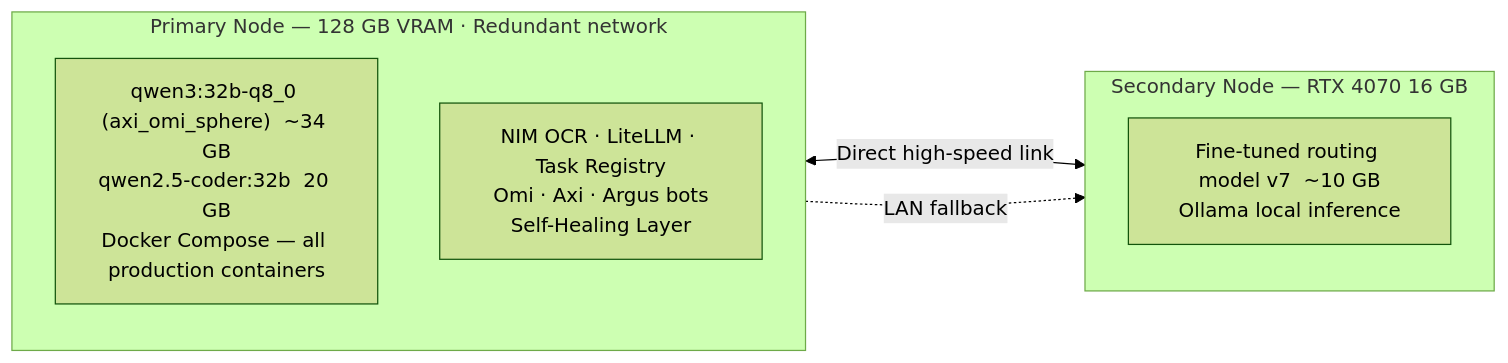
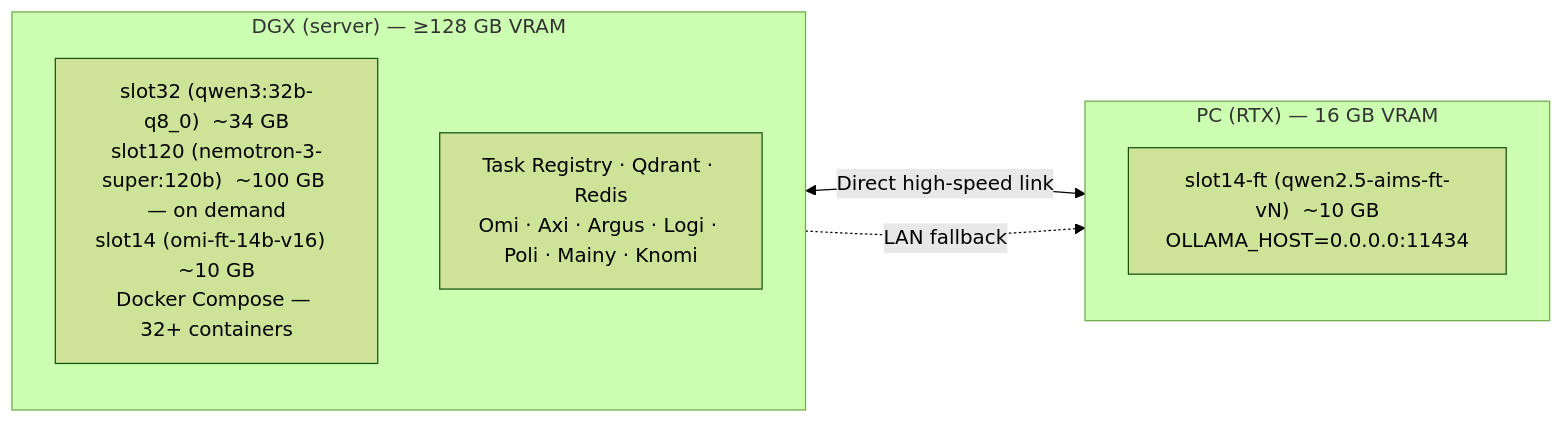
One commit to AxiOMSphereAssistanceAIMS/AxiOMSphere changed diagram 12 of 12 in README.md. Above: the diagram before and after it, drawn with Mermaid (forest theme). The commit also changed other lines of this file, not shown here.

````diff
--- a/README.md
+++ b/README.md
@@ -631,12 +680,12 @@
 ```mermaid
 graph LR
-    subgraph DGX["Primary Node — 128 GB VRAM · Redundant network"]
-        DGX_MODELS["qwen3:32b-q8_0 (axi_omi_sphere)  ~34 GB\nqwen2.5-coder:32b  20 GB\nDocker Compose — all production containers"]
-        DGX_DOCKER["NIM OCR · LiteLLM · Task Registry\nOmi · Axi · Argus bots\nSelf-Healing Layer"]
+    subgraph PRIMARY["DGX (server) — ≥128 GB VRAM"]
+        P_MODELS["slot32 (qwen3:32b-q8_0)  ~34 GB\nslot120 (nemotron-3-super:120b)  ~100 GB — on demand\nslot14 (omi-ft-14b-v16)  ~10 GB\nDocker Compose — 32+ containers"]
+        P_DOCKER["Task Registry · Qdrant · Redis\nOmi · Axi · Argus · Logi · Poli · Mainy · Knomi"]
     end
-    subgraph PC["Secondary Node — RTX 4070 16 GB"]
-        PC_MODELS["Fine-tuned routing model v7  ~10 GB\nOllama local inference"]
+    subgraph SECONDARY["PC (RTX) — 16 GB VRAM"]
+        S_MODELS["slot14-ft (qwen2.5-aims-ft-vN)  ~10 GB\nOLLAMA_HOST=0.0.0.0:11434"]
     end
-    DGX <-->|"Direct high-speed link"| PC
-    DGX -.->|"LAN fallback"| PC
+    PRIMARY <-->|"Direct high-speed link"| SECONDARY
+    PRIMARY -.->|"LAN fallback"| SECONDARY
 ```
````
